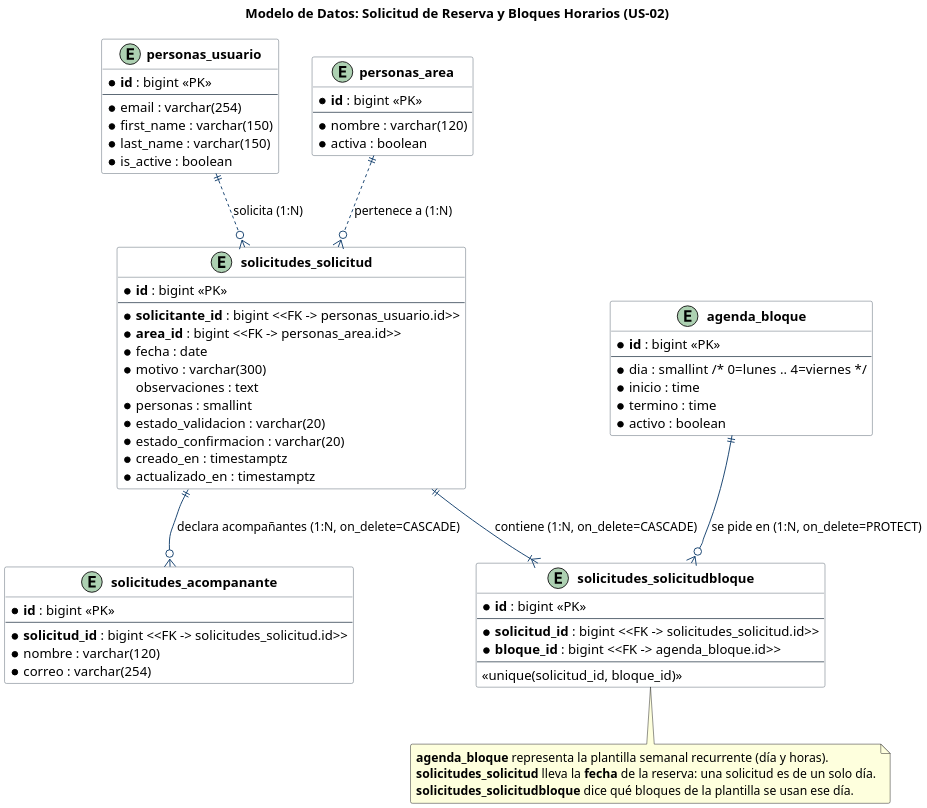
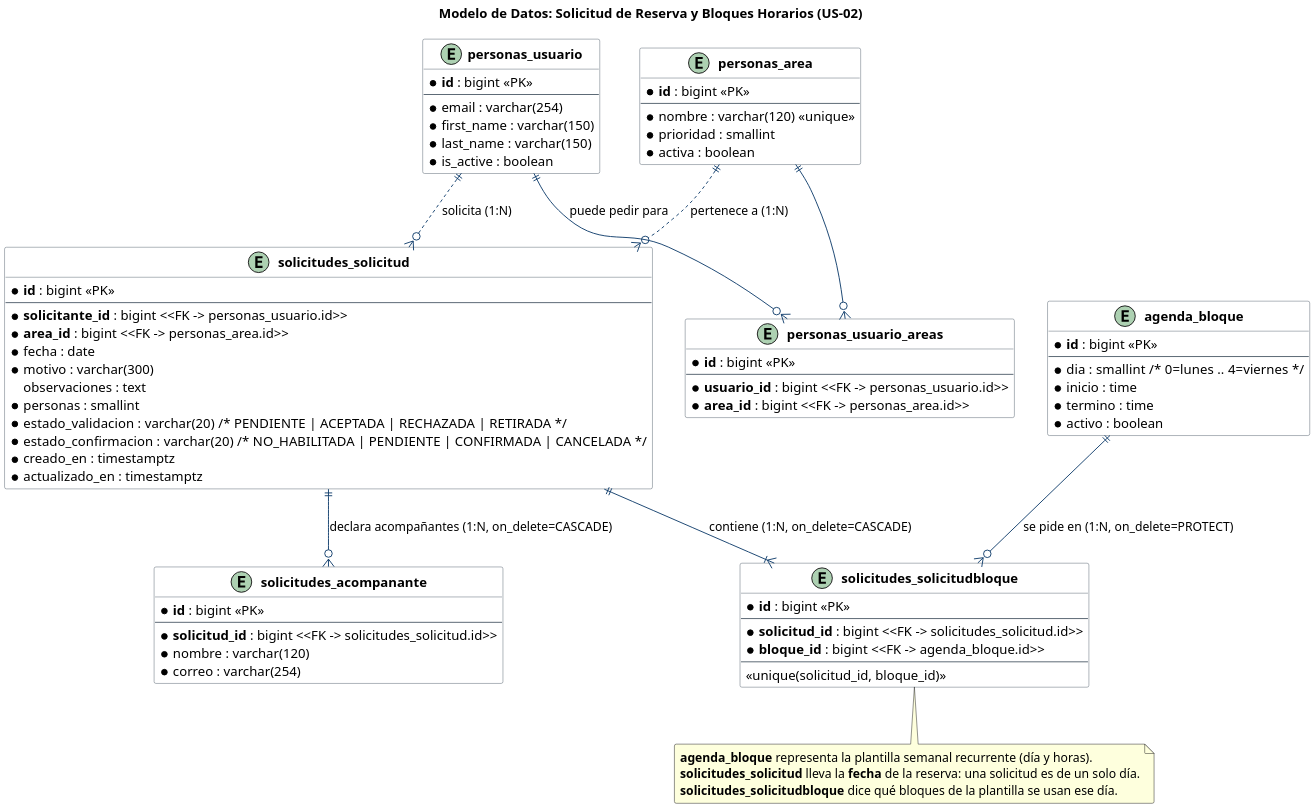
Before and after one commit to darkanthem21/oev-sala-grabacion: the diagram in docs/diagramas/us-02/modelo-datos.puml, drawn with PlantUML. The commit also changed 6 other files, not shown here.

First line of the commit message:
docs(solicitudes): actualizar los diagramas de US-02 al código actual

```diff
--- a/docs/diagramas/us-02/modelo-datos.puml
+++ b/docs/diagramas/us-02/modelo-datos.puml
@@ -1,83 +1,93 @@
 @startuml modelo-datos
 skinparam dpi 200
 skinparam shadowing false
 skinparam roundcorner 4
 skinparam class {
     BackgroundColor #FFFFFF
     ArrowColor #123F6D
     BorderColor #52606D
 }
 
 title Modelo de Datos: Solicitud de Reserva y Bloques Horarios (US-02)
 
 entity "<b>personas_usuario</b>" as Usuario {
     * <b>id</b> : bigint <<PK>>
     --
     * email : varchar(254)
     * first_name : varchar(150)
     * last_name : varchar(150)
     * is_active : boolean
 }
 
 entity "<b>personas_area</b>" as Area {
     * <b>id</b> : bigint <<PK>>
     --
-    * nombre : varchar(120)
+    * nombre : varchar(120) <<unique>>
+    * prioridad : smallint
     * activa : boolean
+}
+
+entity "<b>personas_usuario_areas</b>" as UsuarioArea {
+    * <b>id</b> : bigint <<PK>>
+    --
+    * <b>usuario_id</b> : bigint <<FK -> personas_usuario.id>>
+    * <b>area_id</b> : bigint <<FK -> personas_area.id>>
 }
 
 entity "<b>solicitudes_solicitud</b>" as Solicitud {
     * <b>id</b> : bigint <<PK>>
     --
     * <b>solicitante_id</b> : bigint <<FK -> personas_usuario.id>>
     * <b>area_id</b> : bigint <<FK -> personas_area.id>>
     * fecha : date
     * motivo : varchar(300)
     observaciones : text
     * personas : smallint
-    * estado_validacion : varchar(20)
-    * estado_confirmacion : varchar(20)
+    * estado_validacion : varchar(20)  /* PENDIENTE | ACEPTADA | RECHAZADA | RETIRADA */
+    * estado_confirmacion : varchar(20)  /* NO_HABILITADA | PENDIENTE | CONFIRMADA | CANCELADA */
     * creado_en : timestamptz
     * actualizado_en : timestamptz
 }
 
 entity "<b>agenda_bloque</b>" as Bloque {
     * <b>id</b> : bigint <<PK>>
     --
     * dia : smallint  /* 0=lunes .. 4=viernes */
     * inicio : time
     * termino : time
     * activo : boolean
 }
 
 entity "<b>solicitudes_solicitudbloque</b>" as SolicitudBloque {
     * <b>id</b> : bigint <<PK>>
     --
     * <b>solicitud_id</b> : bigint <<FK -> solicitudes_solicitud.id>>
     * <b>bloque_id</b> : bigint <<FK -> agenda_bloque.id>>
     --
     <<unique(solicitud_id, bloque_id)>>
 }
 
 entity "<b>solicitudes_acompanante</b>" as Acompanante {
     * <b>id</b> : bigint <<PK>>
     --
     * <b>solicitud_id</b> : bigint <<FK -> solicitudes_solicitud.id>>
     * nombre : varchar(120)
     * correo : varchar(254)
 }
 
 ' Relaciones y claves foráneas referenciales
+Usuario ||--o{ UsuarioArea : "puede pedir para"
+Area ||--o{ UsuarioArea
 Usuario ||..o{ Solicitud : "solicita (1:N)"
 Area ||..o{ Solicitud : "pertenece a (1:N)"
 Solicitud ||--|{ SolicitudBloque : "contiene (1:N, on_delete=CASCADE)"
 Bloque ||--o{ SolicitudBloque : "se pide en (1:N, on_delete=PROTECT)"
 Solicitud ||--o{ Acompanante : "declara acompañantes (1:N, on_delete=CASCADE)"
 
 note bottom of SolicitudBloque
   <b>agenda_bloque</b> representa la plantilla semanal recurrente (día y horas).
   <b>solicitudes_solicitud</b> lleva la <b>fecha</b> de la reserva: una solicitud es de un solo día.
   <b>solicitudes_solicitudbloque</b> dice qué bloques de la plantilla se usan ese día.
 end note
 
 @enduml
```
